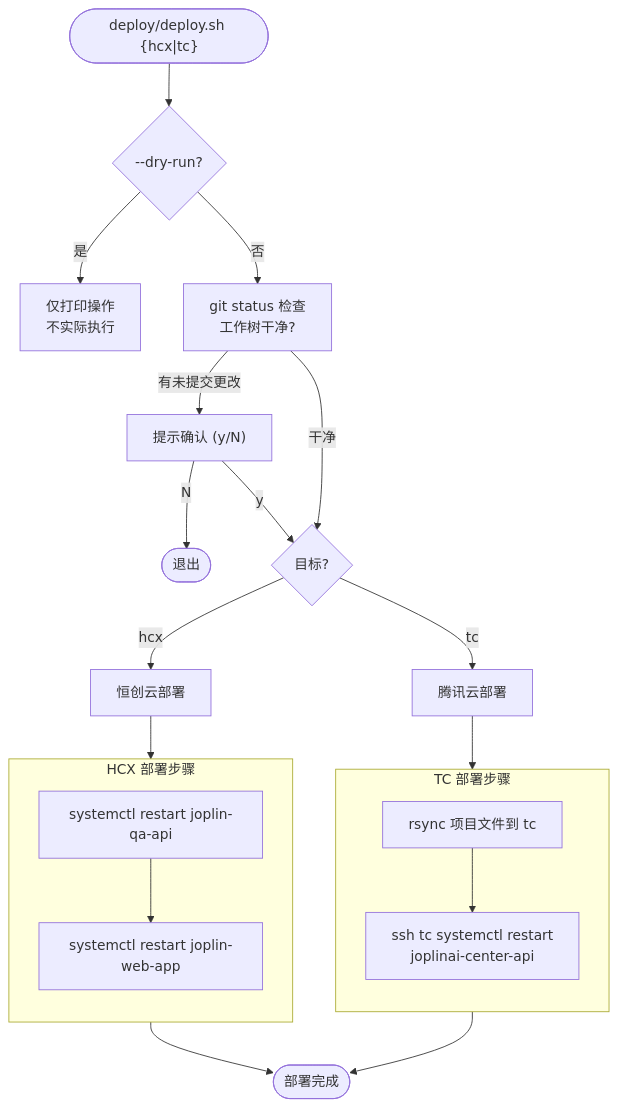
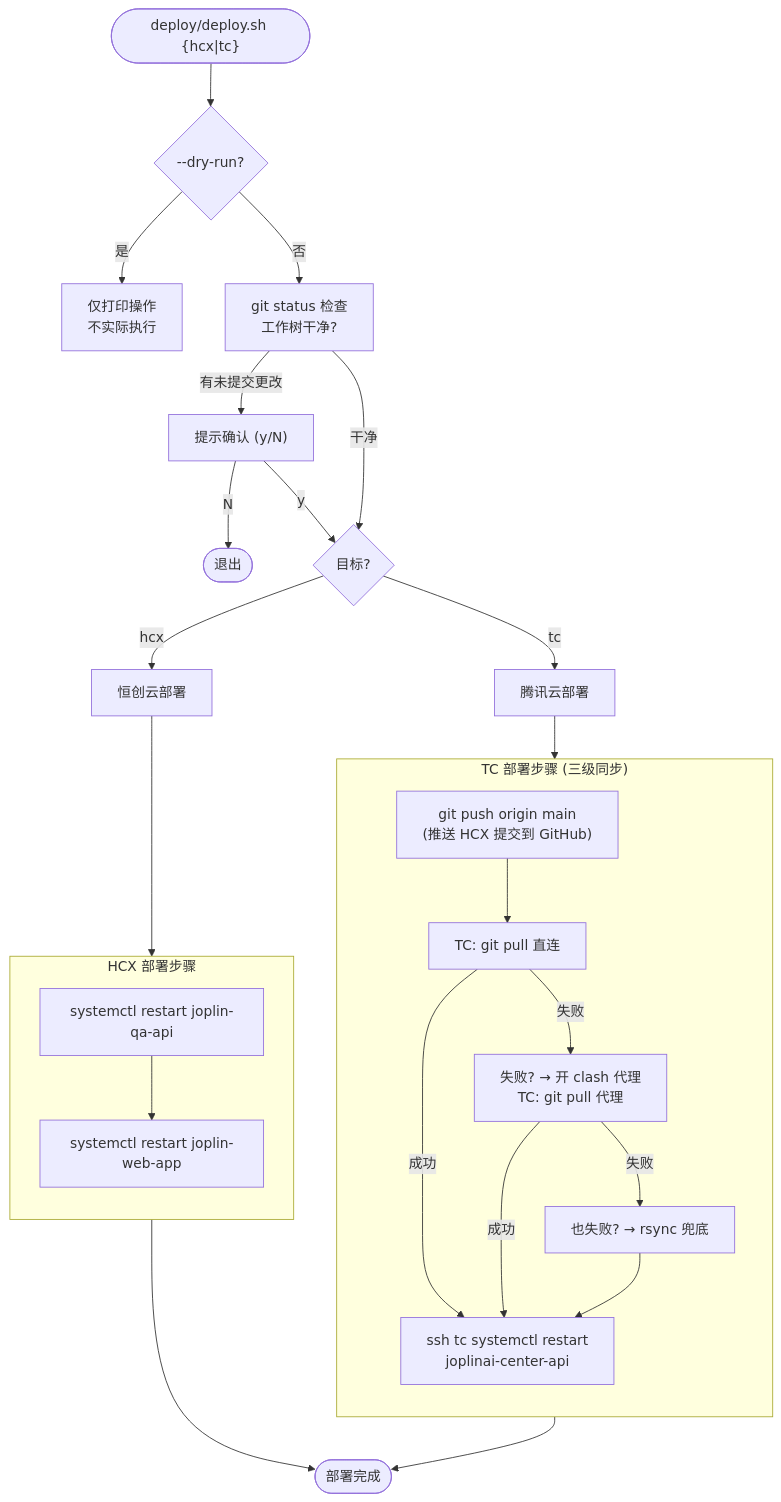
The ninth of 10 diagrams in docs/TECHNICAL_MANUAL.md (heart5/joplinai), drawn with Mermaid before and after one commit. The commit also changed other lines of this file and 2 other files, not shown here.

Commit message:
feat: TC 部署改为 git pull 优先 (直连→代理→rsync兜底) 三级策略

````diff
--- a/docs/TECHNICAL_MANUAL.md
+++ b/docs/TECHNICAL_MANUAL.md
@@ -462,36 +462,44 @@
 ```mermaid
 flowchart TD
     START(["deploy/deploy.sh {hcx|tc}"])
     START --> DRY{"--dry-run?"}
     DRY -->|"是"| DRY_RUN["仅打印操作<br/>不实际执行"]
     DRY -->|"否"| CHECK["git status 检查<br/>工作树干净?"]
 
     CHECK -->|"有未提交更改"| ASK["提示确认 (y/N)"]
     ASK -->|"N"| ABORT(["退出"])
     ASK -->|"y"| TARGET{"目标?"}
 
     CHECK -->|"干净"| TARGET
 
     TARGET -->|"hcx"| HCX["恒创云部署"]
     TARGET -->|"tc"| TC["腾讯云部署"]
 
     subgraph HCX_STEPS["HCX 部署步骤"]
         direction TB
         H1["systemctl restart joplin-qa-api"]
         H2["systemctl restart joplin-web-app"]
         H1 --> H2
     end
 
-    subgraph TC_STEPS["TC 部署步骤"]
+    subgraph TC_STEPS["TC 部署步骤 (三级同步)"]
         direction TB
-        T1["rsync 项目文件到 tc"]
-        T2["ssh tc systemctl restart<br/>joplinai-center-api"]
-        T1 --> T2
+        T0["git push origin main<br/>(推送 HCX 提交到 GitHub)"]
+        T1["TC: git pull 直连"]
+        T2["失败? → 开 clash 代理<br/>TC: git pull 代理"]
+        T3["也失败? → rsync 兜底"]
+        T4["ssh tc systemctl restart<br/>joplinai-center-api"]
+        T0 --> T1
+        T1 -->|"成功"| T4
+        T1 -->|"失败"| T2
+        T2 -->|"成功"| T4
+        T2 -->|"失败"| T3
+        T3 --> T4
     end
 
     HCX --> HCX_STEPS
     TC --> TC_STEPS
 
     HCX_STEPS --> DONE(["部署完成"])
     TC_STEPS --> DONE
 ```
````
